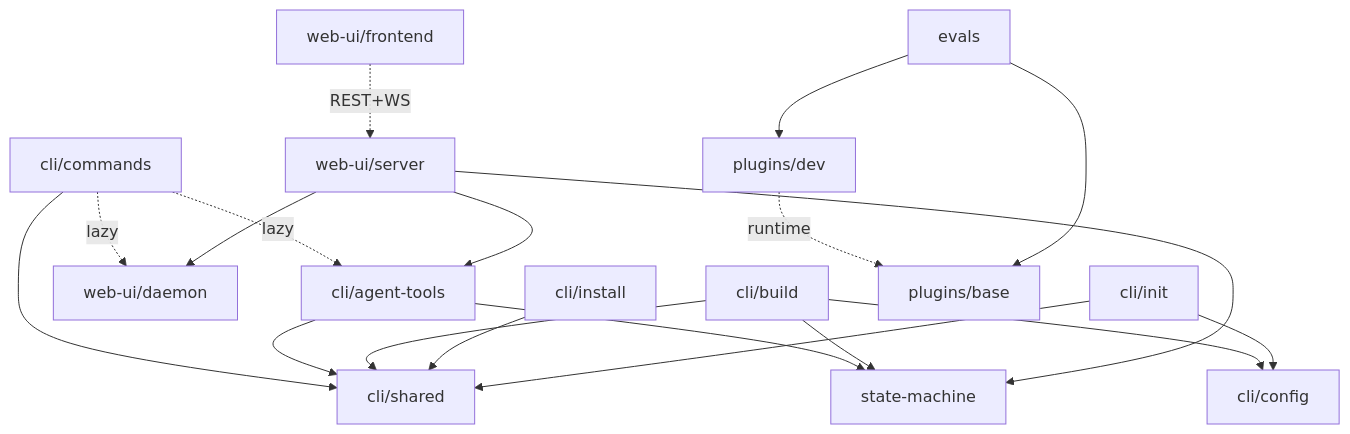
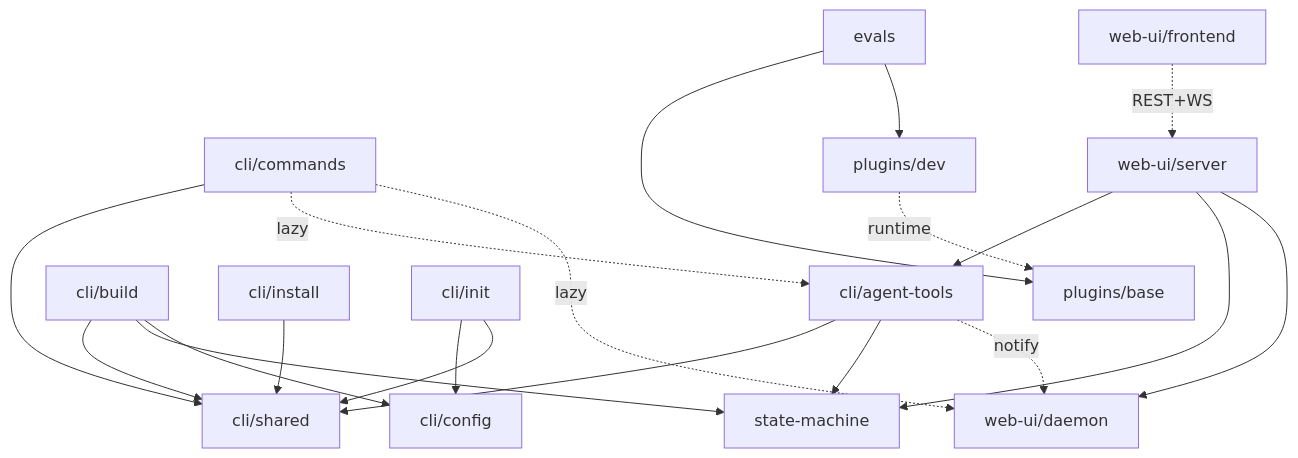
Before and after one commit to rp1-run/rp1: the diagram in .rp1/context/modules.md, drawn with Mermaid. The commit also changed other lines of this file and 5 other files, not shown here.

````diff
--- a/.rp1/context/modules.md
+++ b/.rp1/context/modules.md
@@ -89,21 +89,22 @@
 ```mermaid
 graph TD
     Commands["cli/commands"] --> Shared["cli/shared"]
     Commands -.->|lazy| AgentTools["cli/agent-tools"]
     Commands -.->|lazy| Daemon["web-ui/daemon"]
     AgentTools --> Shared
     AgentTools --> StateMachine["state-machine"]
+    AgentTools -.->|notify| Daemon
     Build["cli/build"] --> Shared
     Build --> StateMachine
     Build --> Config["cli/config"]
     Install["cli/install"] --> Shared
     Init["cli/init"] --> Config
     Init --> Shared
     Server["web-ui/server"] --> AgentTools
     Server --> StateMachine
     Server --> Daemon
     Frontend["web-ui/frontend"] -.->|REST+WS| Server
     PluginsDev["plugins/dev"] -.->|runtime| PluginsBase["plugins/base"]
     Evals["evals"] --> PluginsBase
     Evals --> PluginsDev
 ```
````
